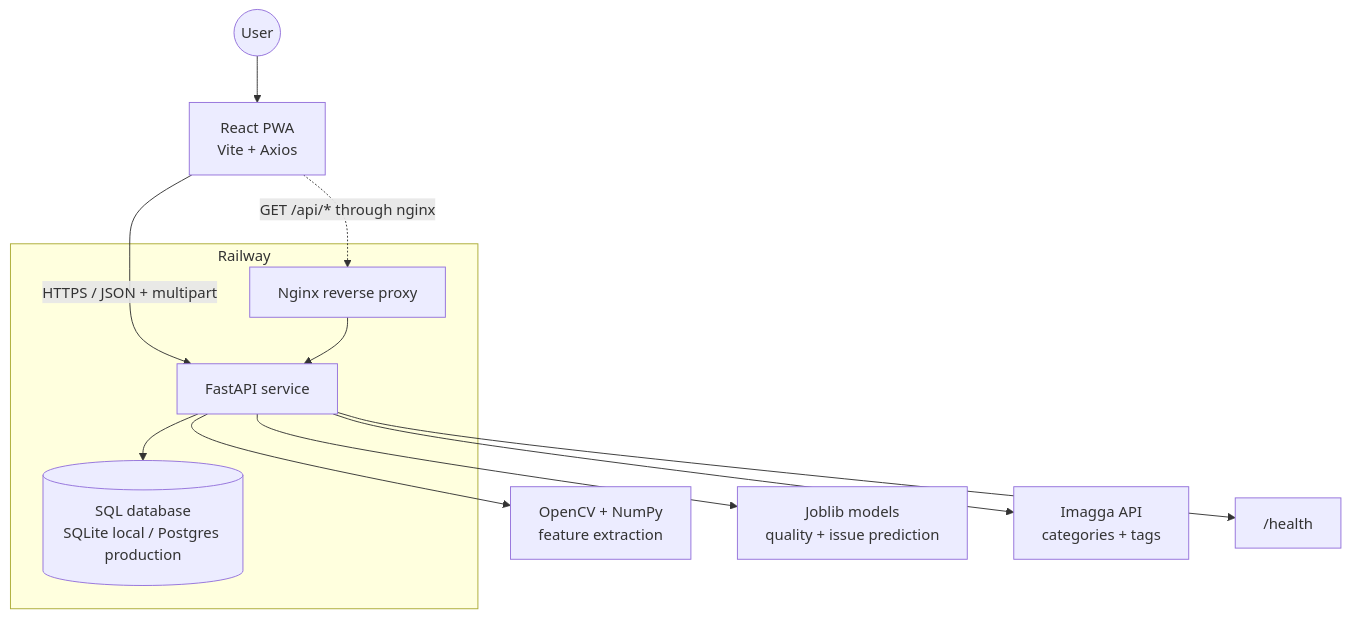
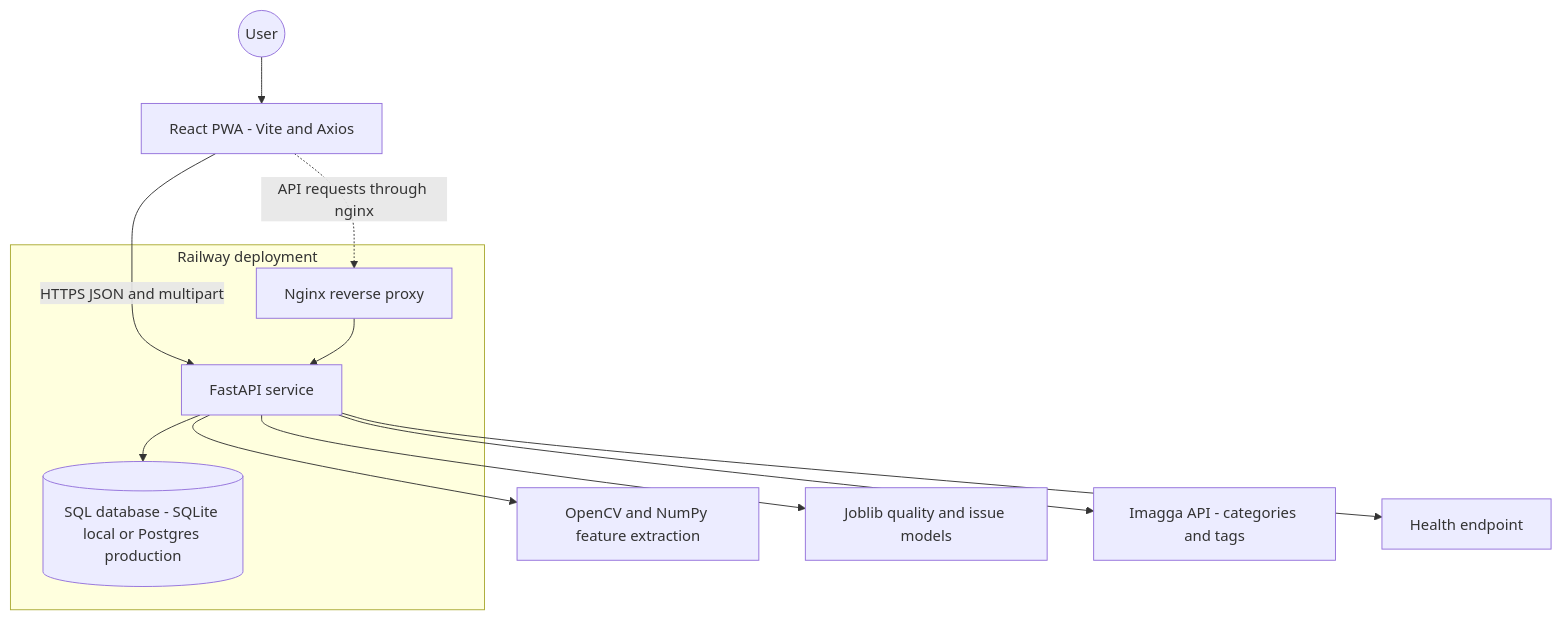
Before and after one commit to debayanCODES-1/Image-Quality-and-Defect-Detection: the second of 4 diagrams in README.md, drawn with Mermaid. The commit also changed other lines of this file, not shown here.

Commit message:
Fix Mermaid flowchart compatibility

````diff
--- a/README.md
+++ b/README.md
@@ -52,18 +52,18 @@
 ```mermaid
 flowchart TB
-    User((User)) --> Browser[React PWA<br/>Vite + Axios]
-    Browser -->|HTTPS / JSON + multipart| API[FastAPI service]
-    Browser -.->|GET /api/* through nginx| Proxy[Nginx reverse proxy]
+    User((User)) --> Browser[React PWA - Vite and Axios]
+    Browser -->|HTTPS JSON and multipart| API[FastAPI service]
+    Browser -.->|API requests through nginx| Proxy[Nginx reverse proxy]
     Proxy --> API
-    API --> CV[OpenCV + NumPy<br/>feature extraction]
-    API --> ML[Joblib models<br/>quality + issue prediction]
-    API --> DB[(SQL database<br/>SQLite local / Postgres production)]
-    API --> Imagga[Imagga API<br/>categories + tags]
-    API --> Health["/health"]
+    API --> CV[OpenCV and NumPy feature extraction]
+    API --> ML[Joblib quality and issue models]
+    API --> DB[(SQL database - SQLite local or Postgres production)]
+    API --> Imagga[Imagga API - categories and tags]
+    API --> Health[Health endpoint]
 
-    subgraph Railway
+    subgraph Railway deployment
       API
       DB
       Proxy
     end
 ```
````
